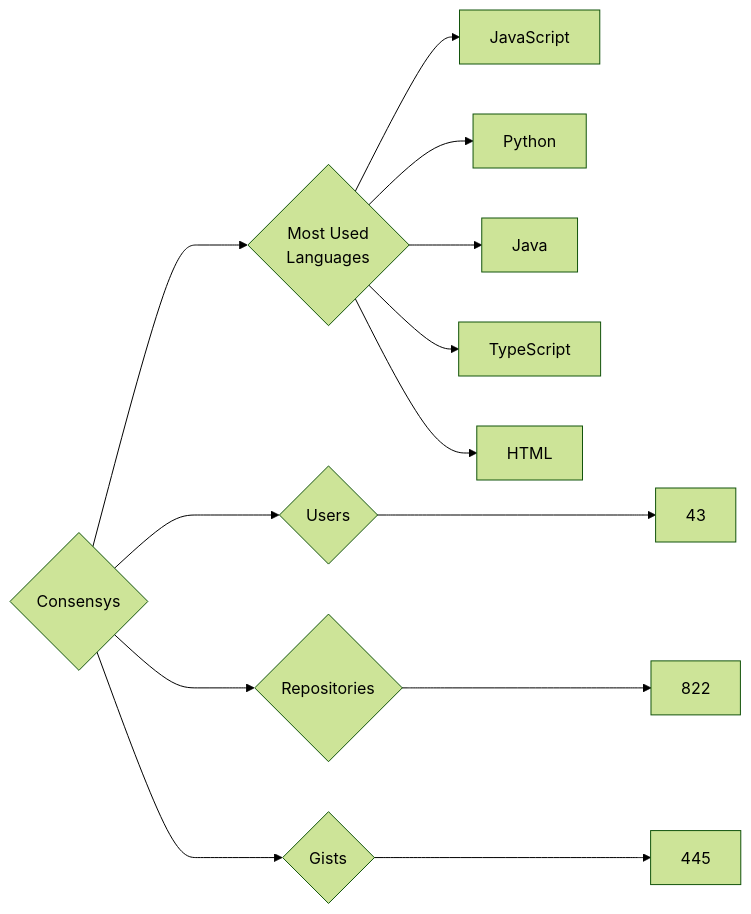
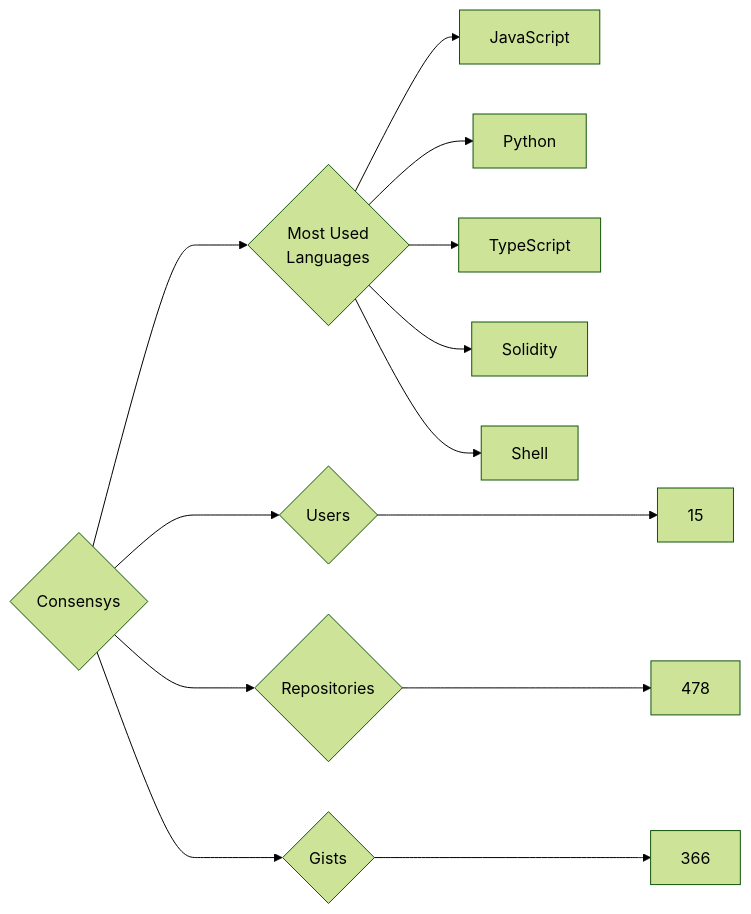
The diagram in targets/Consensys/README.md (trickest/insiders), drawn with Mermaid (forest theme) before and after one commit. The commit also changed 622 other files, not shown here.

````diff
--- a/targets/Consensys/README.md
+++ b/targets/Consensys/README.md
@@ -3,13 +3,13 @@
 ```mermaid
 graph LR
 COMPANY_NAME{Consensys}
-COMPANY_NAME ---> U{Users} ---> UN[43]
-COMPANY_NAME ---> R{Repositories} ---> RN[822]
-COMPANY_NAME ---> G{Gists} ---> GN[445]
+COMPANY_NAME ---> U{Users} ---> UN[15]
+COMPANY_NAME ---> R{Repositories} ---> RN[478]
+COMPANY_NAME ---> G{Gists} ---> GN[366]
 COMPANY_NAME ---> ML{Most Used<br>Languages}
 ML --> JavaScript[JavaScript]
 ML --> Python[Python]
-ML --> Java[Java]
 ML --> TypeScript[TypeScript]
-ML --> HTML[HTML]
+ML --> Solidity[Solidity]
+ML --> Shell[Shell]
 ```
````
